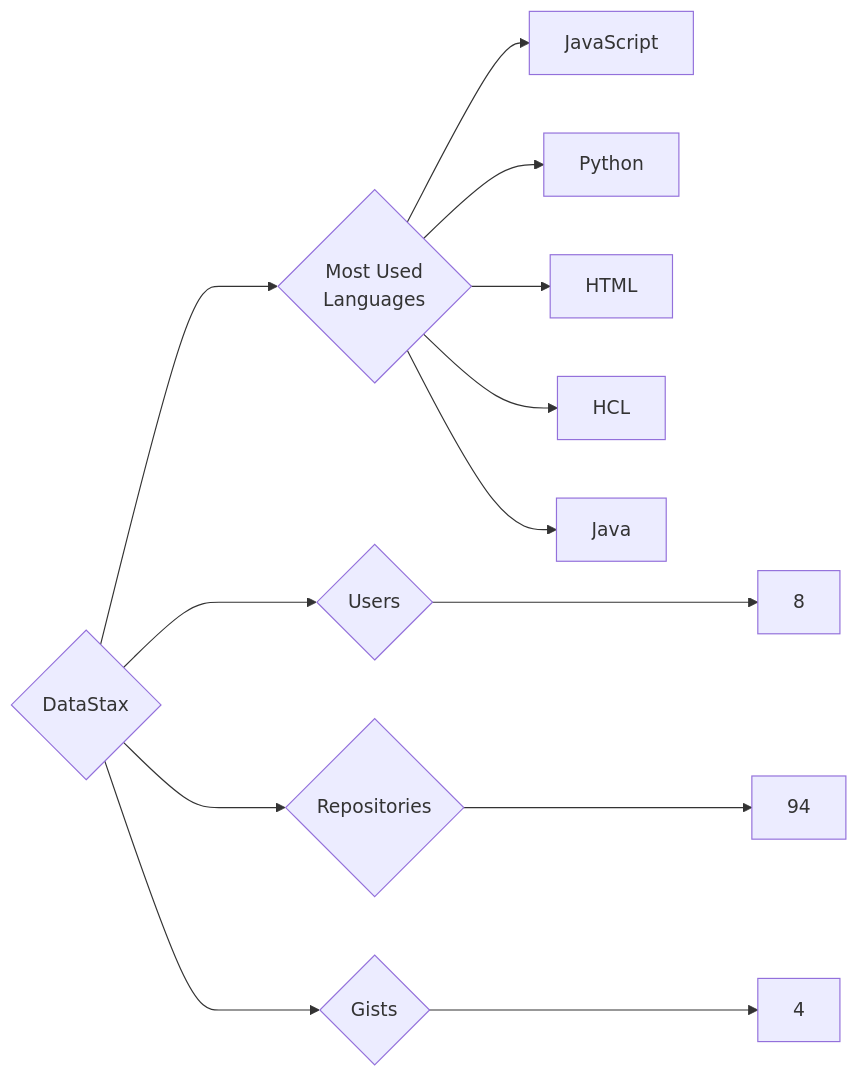
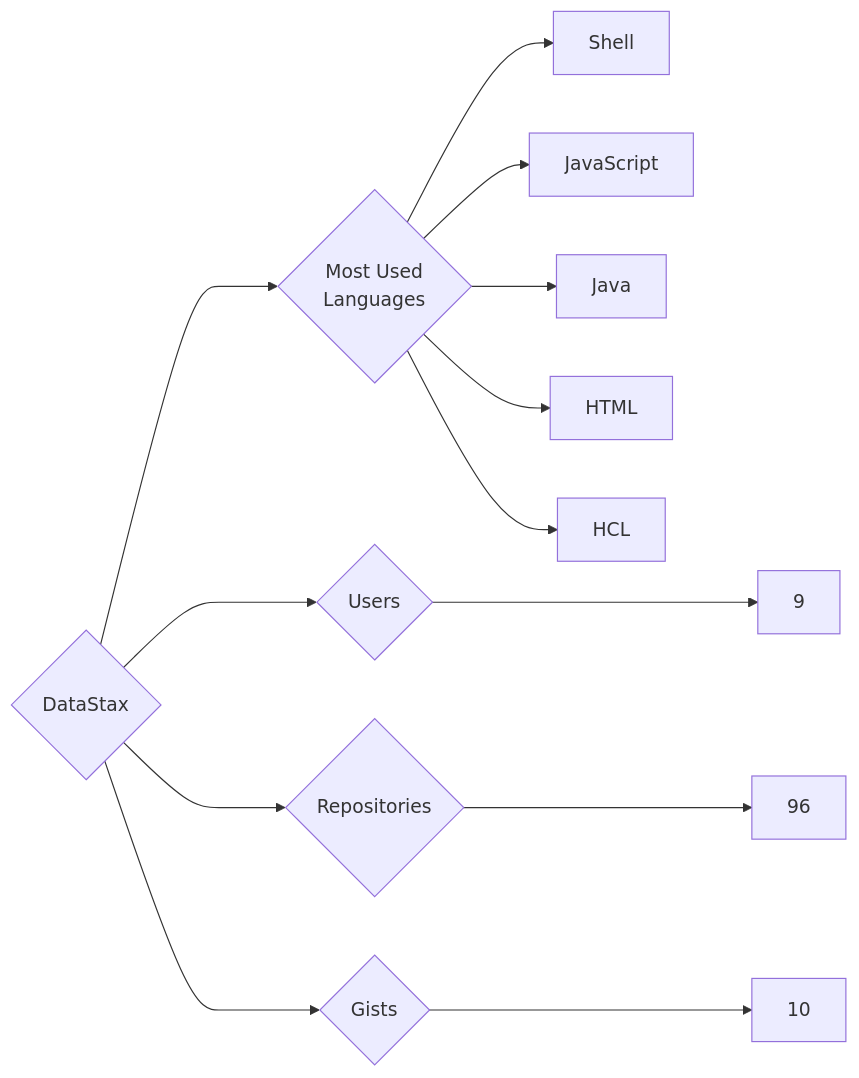
The diagram in targets/DataStax/README.md (trickest/insiders), drawn with Mermaid before and after one commit. The commit also changed 857 other files, not shown here.

````diff
--- a/targets/DataStax/README.md
+++ b/targets/DataStax/README.md
@@ -3,13 +3,13 @@
 ```mermaid
 graph LR
 COMPANY_NAME{DataStax}
-COMPANY_NAME ---> U{Users} ---> UN[8]
-COMPANY_NAME ---> R{Repositories} ---> RN[94]
-COMPANY_NAME ---> G{Gists} ---> GN[4]
+COMPANY_NAME ---> U{Users} ---> UN[9]
+COMPANY_NAME ---> R{Repositories} ---> RN[96]
+COMPANY_NAME ---> G{Gists} ---> GN[10]
 COMPANY_NAME ---> ML{Most Used<br>Languages}
+ML --> Shell[Shell]
 ML --> JavaScript[JavaScript]
-ML --> Python[Python]
+ML --> Java[Java]
 ML --> HTML[HTML]
 ML --> HCL[HCL]
-ML --> Java[Java]
 ```
````
